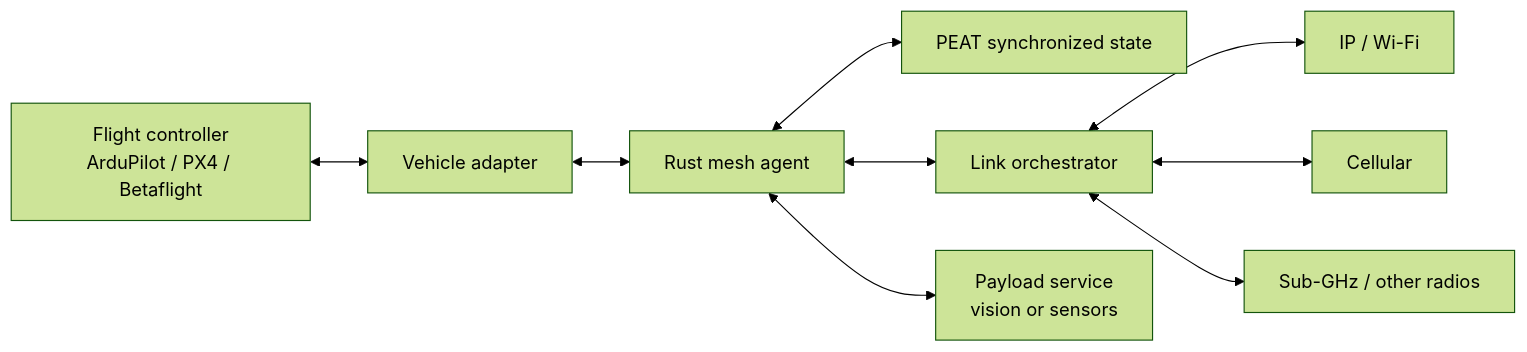
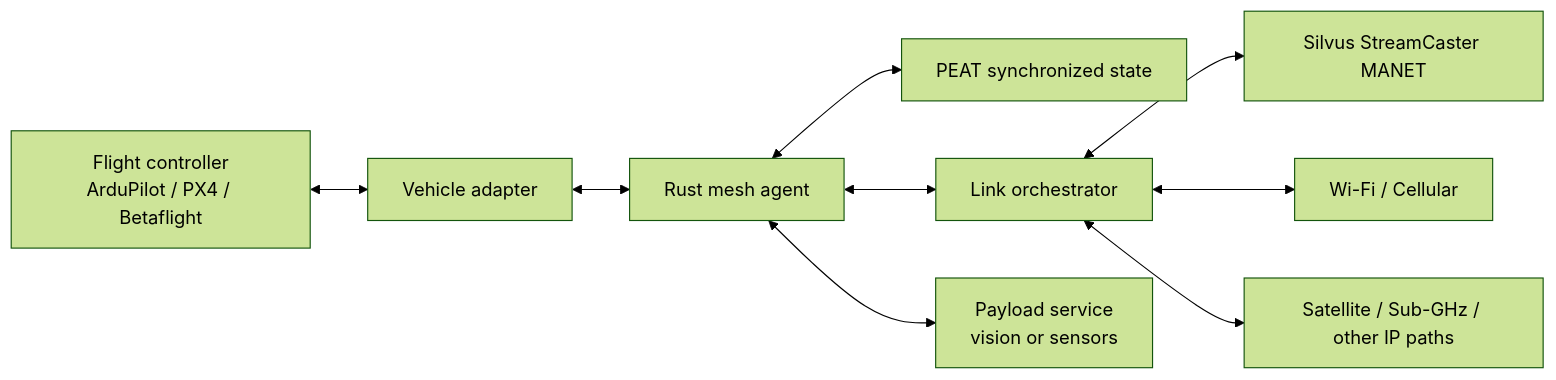
The diagram in docs/architecture.md (andrewodom18/AVIAN), drawn with Mermaid (forest theme) before and after one commit. The commit also changed other lines of this file and 7 other files, not shown here.

````diff
--- a/docs/architecture.md
+++ b/docs/architecture.md
@@ -9,11 +9,11 @@
 ```mermaid
 flowchart LR
     FC["Flight controller\nArduPilot / PX4 / Betaflight"] <--> VA["Vehicle adapter"]
     VA <--> MA["Rust mesh agent"]
     MA <--> PEAT["PEAT synchronized state"]
     MA <--> LO["Link orchestrator"]
-    LO <--> R1["IP / Wi-Fi"]
-    LO <--> R2["Cellular"]
-    LO <--> R3["Sub-GHz / other radios"]
+    LO <--> R1["Silvus StreamCaster MANET"]
+    LO <--> R2["Wi-Fi / Cellular"]
+    LO <--> R3["Satellite / Sub-GHz / other IP paths"]
     MA <--> PS["Payload service\nvision or sensors"]
 ```
````
